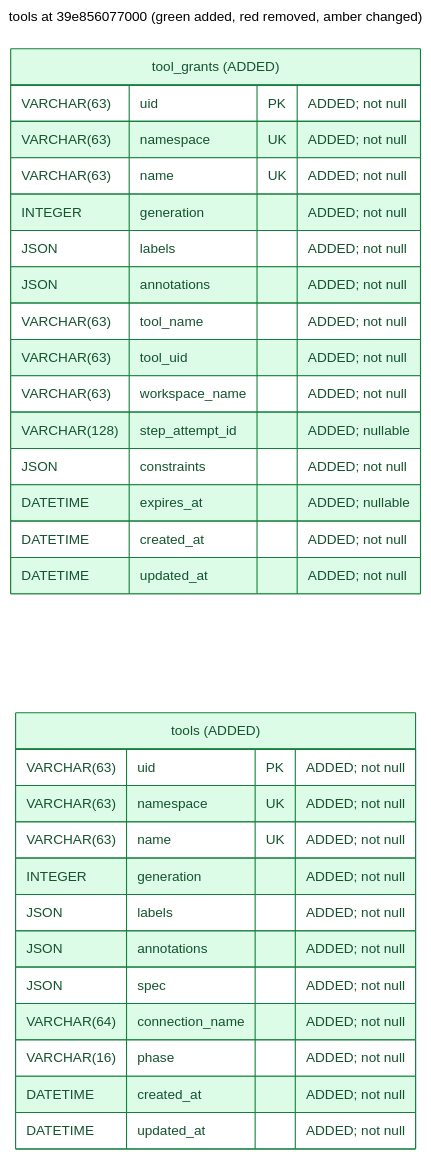
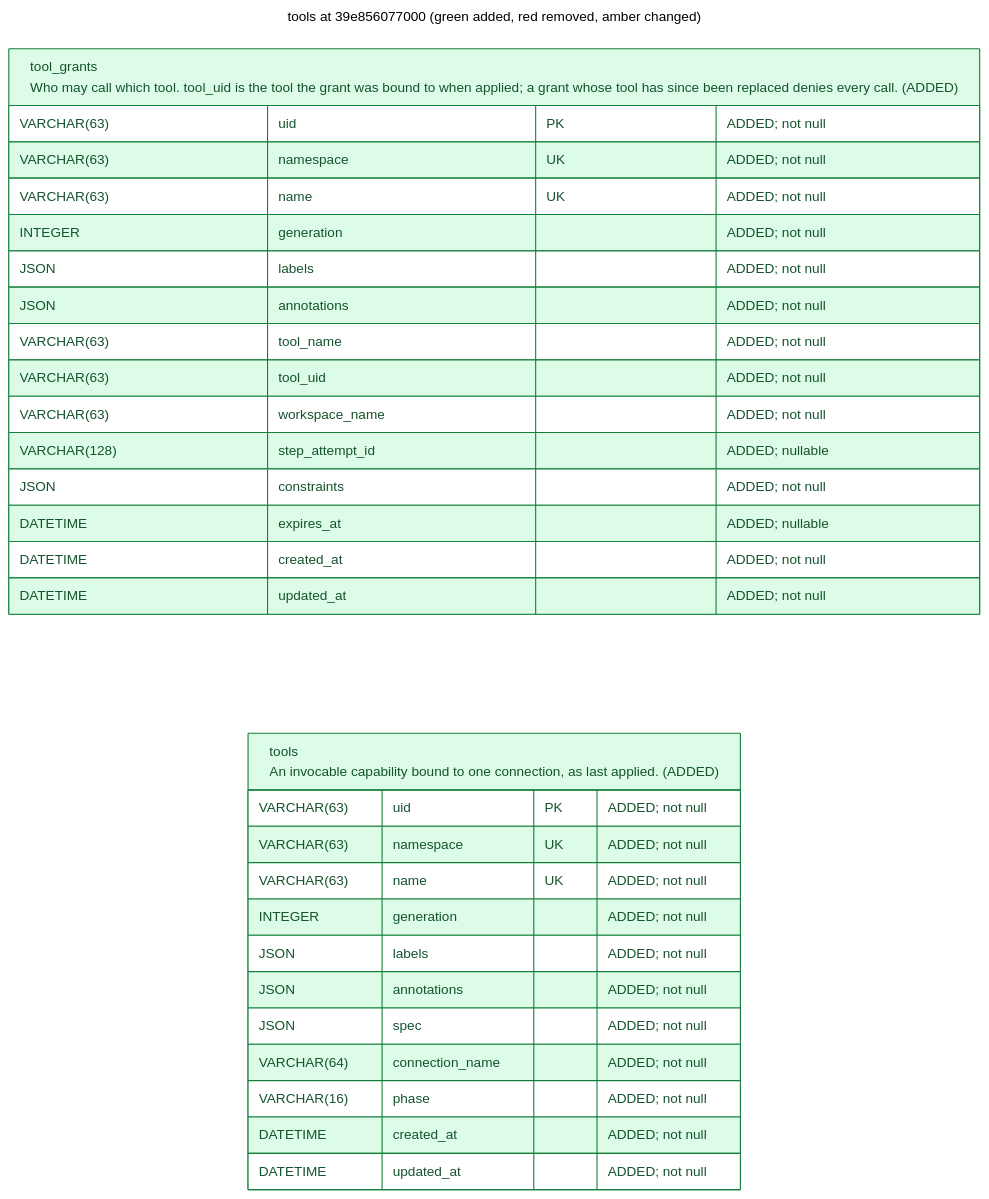
One commit to OpenEngine/OpenEngine changed the diagram in v2/docs/schema/tools/39e856077000.mermaid. Above: the diagram before and after it, drawn with Mermaid. The commit also changed 25 other files, not shown here.

Commit message:
docs: update service schemas

```diff
--- a/v2/docs/schema/tools/39e856077000.mermaid
+++ b/v2/docs/schema/tools/39e856077000.mermaid
@@ -1,44 +1,44 @@
 ---
 title: tools at 39e856077000 (green added, red removed, amber changed)
 config:
   theme: neutral
 ---
 erDiagram
     direction LR
     %% REMOVED tables/columns are tombstones, absent from this revision's schema.
     %% Column changes include type, nullability, default and key membership.
     %% Table changes also include indexes and constraints.
     classDef added fill:#dcfce7,stroke:#15803d,color:#14532d
     classDef removed fill:#fee2e2,stroke:#b91c1c,color:#7f1d1d
     classDef changed fill:#fef3c7,stroke:#b45309,color:#78350f
-    tool_grants["tool_grants (ADDED)"] {
+    tool_grants["tool_grants<br/>Who may call which tool. tool_uid is the tool the grant was bound to when applied; a grant whose tool has since been replaced denies every call. (ADDED)"] {
         VARCHAR(63) uid PK "ADDED; not null"
         VARCHAR(63) namespace UK "ADDED; not null"
         VARCHAR(63) name UK "ADDED; not null"
         INTEGER generation "ADDED; not null"
         JSON labels "ADDED; not null"
         JSON annotations "ADDED; not null"
         VARCHAR(63) tool_name "ADDED; not null"
         VARCHAR(63) tool_uid "ADDED; not null"
         VARCHAR(63) workspace_name "ADDED; not null"
         VARCHAR(128) step_attempt_id "ADDED; nullable"
         JSON constraints "ADDED; not null"
         DATETIME expires_at "ADDED; nullable"
         DATETIME created_at "ADDED; not null"
         DATETIME updated_at "ADDED; not null"
     }
     class tool_grants added
-    tools["tools (ADDED)"] {
+    tools["tools<br/>An invocable capability bound to one connection, as last applied. (ADDED)"] {
         VARCHAR(63) uid PK "ADDED; not null"
         VARCHAR(63) namespace UK "ADDED; not null"
         VARCHAR(63) name UK "ADDED; not null"
         INTEGER generation "ADDED; not null"
         JSON labels "ADDED; not null"
         JSON annotations "ADDED; not null"
         JSON spec "ADDED; not null"
         VARCHAR(64) connection_name "ADDED; not null"
         VARCHAR(16) phase "ADDED; not null"
         DATETIME created_at "ADDED; not null"
         DATETIME updated_at "ADDED; not null"
     }
     class tools added
```
